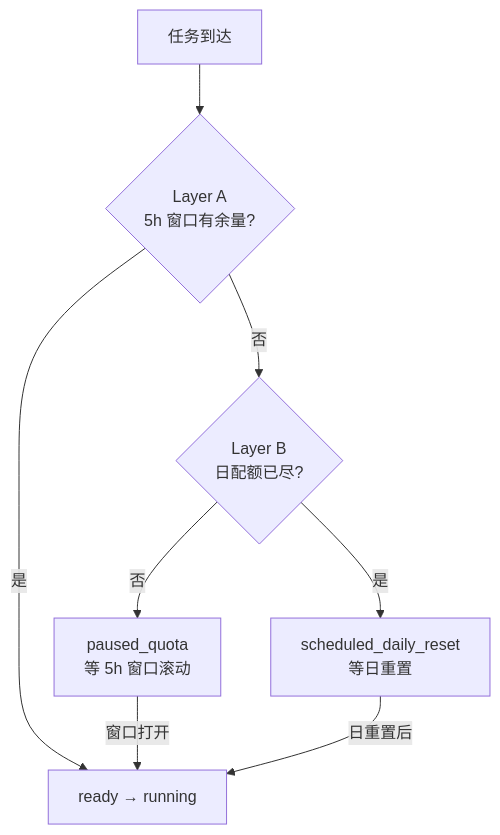
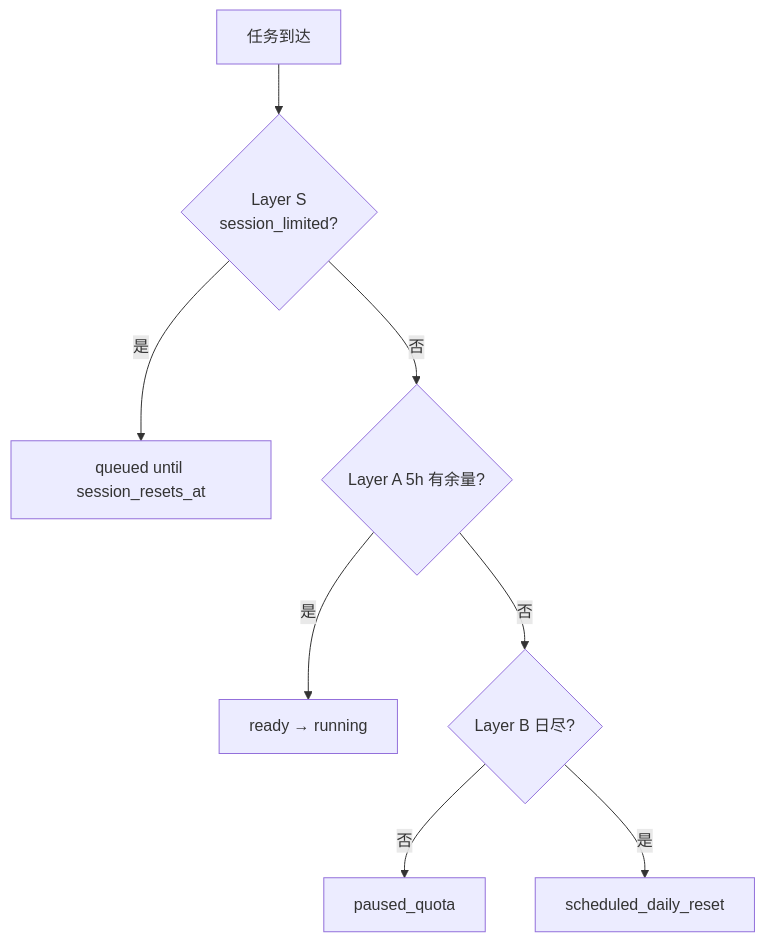
The diagram in .ai/orchestration/QUOTA_ROUTING.md (epix99-opus/Fori), drawn with Mermaid before and after one commit. The commit also changed other lines of this file and 12 other files, not shown here.

````diff
--- a/.ai/orchestration/QUOTA_ROUTING.md
+++ b/.ai/orchestration/QUOTA_ROUTING.md
@@ -61,10 +36,10 @@
 ```mermaid
 flowchart TD
-    T[任务到达] --> A{Layer A<br/>5h 窗口有余量?}
+    T[任务到达] --> S{Layer S<br/>session_limited?}
+    S -->|是| P1[queued until session_resets_at]
+    S -->|否| A{Layer A 5h 有余量?}
     A -->|是| R[ready → running]
-    A -->|否| B{Layer B<br/>日配额已尽?}
-    B -->|否| P[paused_quota<br/>等 5h 窗口滚动]
-    B -->|是| D[scheduled_daily_reset<br/>等日重置]
-    P -->|窗口打开| R
-    D -->|日重置后| R
+    A -->|否| B{Layer B 日尽?}
+    B -->|否| P2[paused_quota]
+    B -->|是| D[scheduled_daily_reset]
 ```
````
